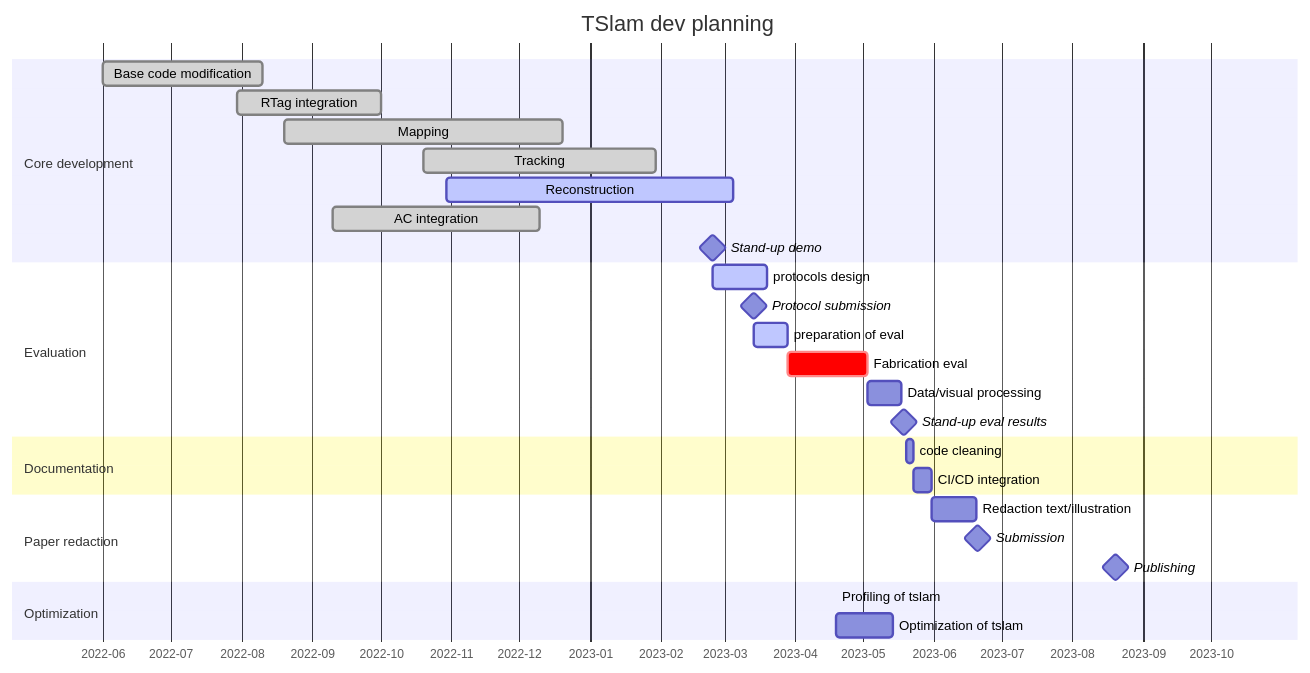
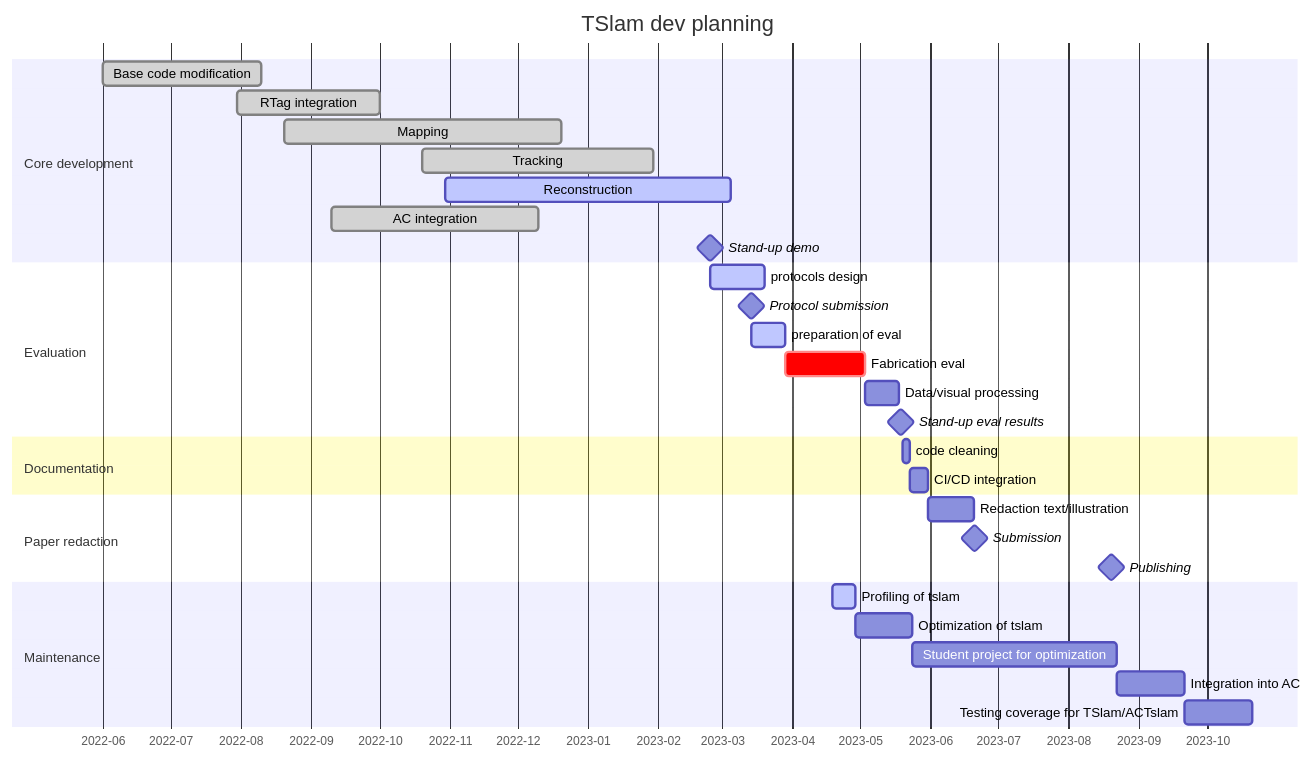
The diagram in README.md (ibois-epfl/TSlam), drawn with Mermaid before and after one commit.

Commit message:
UPDATE: planning for maintenance

````diff
--- a/README.md
+++ b/README.md
@@ -12,36 +12,39 @@
 ```mermaid
 gantt
     dateFormat  YYYY-MM-DD
     title       TSlam dev planning
     axisFormat %Y-%m
 
     section Core development
     Base code modification          :done, ucm, 2022-06-01, 2022-08-10
     RTag integration                :done, rti, 2022-07-30, 2022-10-01
     Mapping                         :done, map, 2022-08-20, 2022-12-20
     Tracking                        :done, trck, 2022-10-20, 2023-01-30
     Reconstruction                  :active, rec, 2022-10-30, 2023-03-05
     AC integration                  :done, aci, 2022-09-10, 2022-12-10
     Stand-up demo                   :milestone, 2023-02-24, 0d
 
     section Evaluation
     protocols design                :active, ptrd, 2023-02-24, 2023-03-20
     Protocol submission             :milestone, 2023-03-14, 0d
     preparation of eval             :active, 15d
     Fabrication eval                :crit, 35d
     Data/visual processing          :15d
     Stand-up eval results           :milestone, 2d
 
     section Documentation
     code cleaning                   :3d
     CI/CD integration               :8d
 
     section Paper redaction
     Redaction text/illustration     :20d
     Submission                      :milestone, 1d
     Publishing                      :milestone, 120d
     
-    section Optimization            
-    Profiling of tslam              :active, opti, 2023-04-19, 10
-    Optimization of tslam           :25d
+    section Maintenance            
+    Profiling of tslam                  :active, opti, 2023-04-19, 10d
+    Optimization of tslam               :25d
+    Student project for optimization    :90d
+    Integration into AC                 :30d
+    Testing coverage for TSlam/ACTslam  :30d
 ```
````
